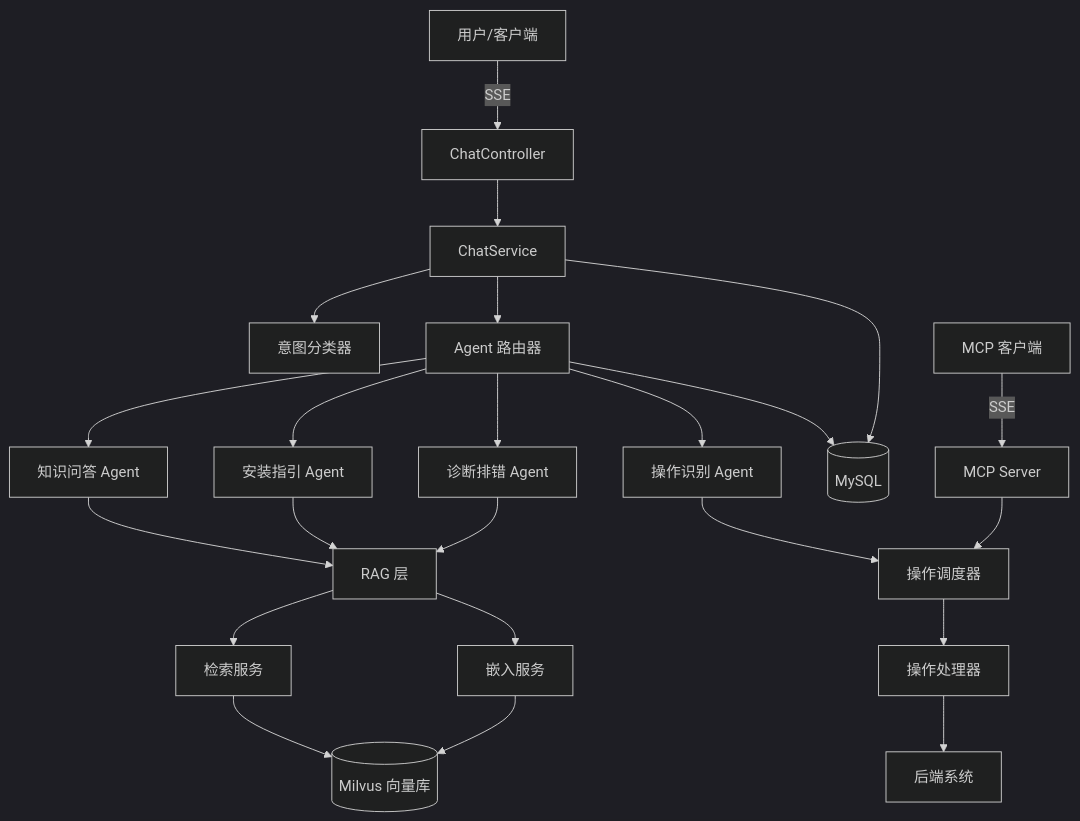
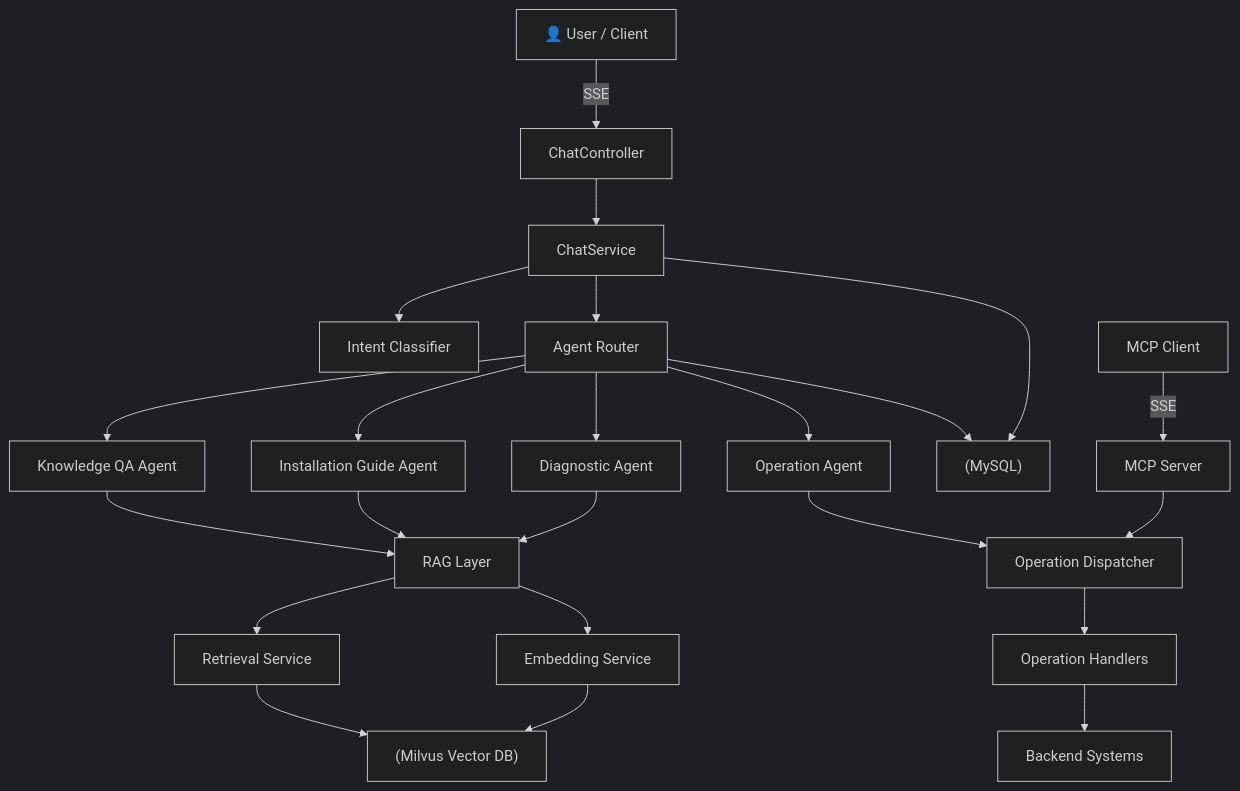
The diagram in README.md (Dasooul03/ai-install-assistant), drawn with Mermaid (dark theme) before and after one commit. The commit also changed other lines of this file, not shown here.

Commit message:
📝 Rewrite README: bilingual English/Chinese, badges, detailed architecture, API docs, deployment guide

````diff
--- a/README.md
+++ b/README.md
@@ -8,31 +62,31 @@
 ```mermaid
 graph TD
-    Client[用户/客户端] -->|SSE| ChatController
+    Client[👤 User / Client] -->|SSE| ChatController
     ChatController --> ChatService
-    ChatService --> IntentClassifier[意图分类器]
-    ChatService --> AgentRouter[Agent 路由器]
-    
-    AgentRouter --> KnowledgeQAAgent[知识问答 Agent]
-    AgentRouter --> InstallationGuideAgent[安装指引 Agent]
-    AgentRouter --> OperationAgent[操作识别 Agent]
-    AgentRouter --> DiagnosticAgent[诊断排错 Agent]
-    
-    KnowledgeQAAgent --> RAG[RAG 层]
+    ChatService --> IntentClassifier[Intent Classifier]
+    ChatService --> AgentRouter[Agent Router]
+
+    AgentRouter --> KnowledgeQAAgent[Knowledge QA Agent]
+    AgentRouter --> InstallationGuideAgent[Installation Guide Agent]
+    AgentRouter --> OperationAgent[Operation Agent]
+    AgentRouter --> DiagnosticAgent[Diagnostic Agent]
+
+    KnowledgeQAAgent --> RAG[RAG Layer]
     InstallationGuideAgent --> RAG
     DiagnosticAgent --> RAG
-    
-    RAG --> RetrievalService[检索服务]
-    RAG --> EmbeddingService[嵌入服务]
-    RetrievalService --> Milvus[(Milvus 向量库)]
+
+    RAG --> RetrievalService[Retrieval Service]
+    RAG --> EmbeddingService[Embedding Service]
+    RetrievalService --> Milvus["(Milvus Vector DB)"]
     EmbeddingService --> Milvus
-    
-    OperationAgent --> OperationDispatcher[操作调度器]
-    OperationDispatcher --> OperationHandlers[操作处理器]
-    OperationHandlers --> Backend[后端系统]
-    
-    AgentRouter --> MySQL[(MySQL)]
+
+    OperationAgent --> OperationDispatcher[Operation Dispatcher]
+    OperationDispatcher --> OperationHandlers[Operation Handlers]
+    OperationHandlers --> Backend[Backend Systems]
+
+    AgentRouter --> MySQL["(MySQL)"]
     ChatService --> MySQL
-    
-    MCPClient[MCP 客户端] -->|SSE| McpServer[MCP Server]
+
+    MCPClient[MCP Client] -->|SSE| McpServer[MCP Server]
     McpServer --> OperationDispatcher
 ```
````
